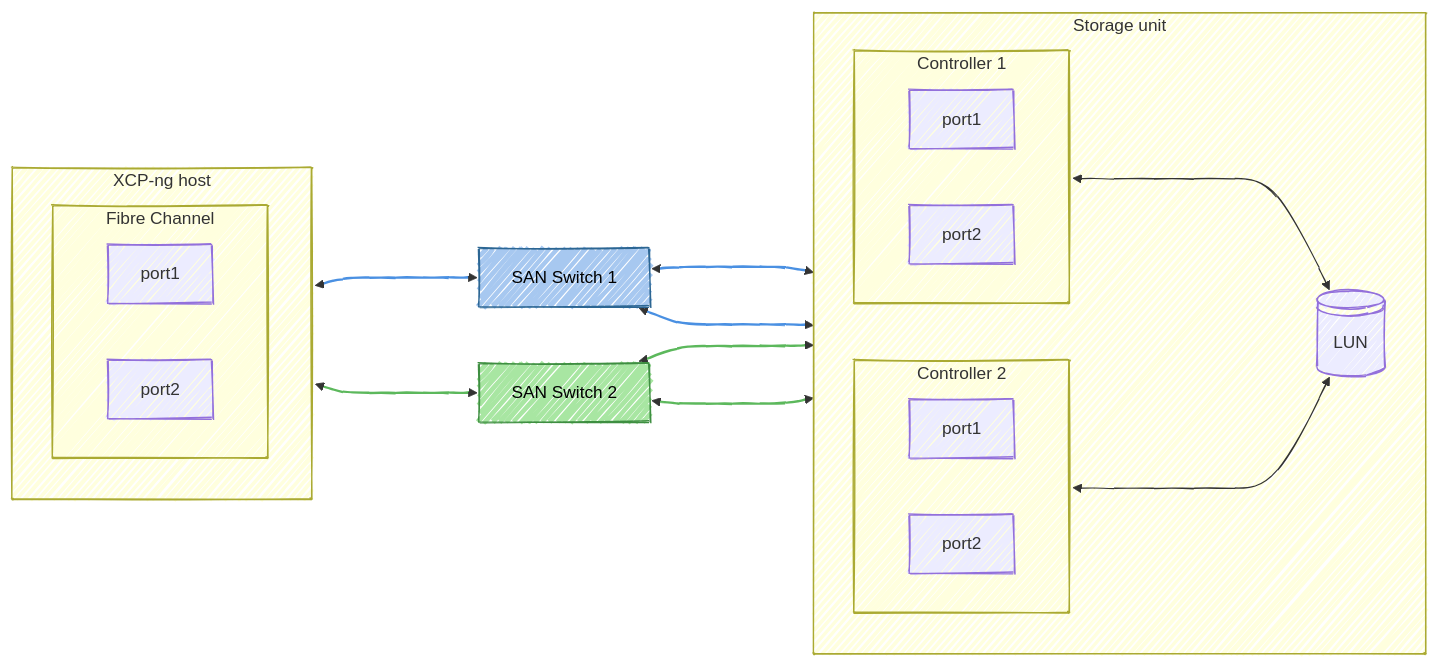
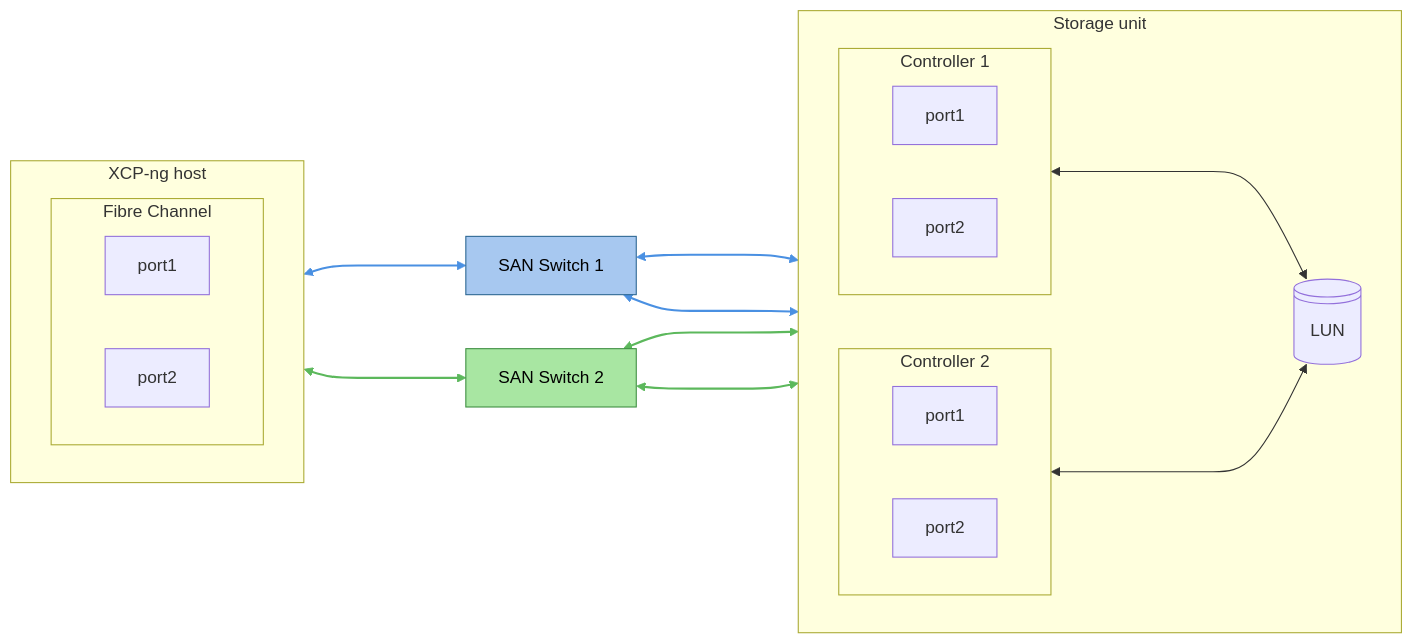
The second of 2 diagrams in docs/storage/multipathing.md (xcp-ng/xcp-ng-org), drawn with Mermaid before and after one commit. The commit also changed other lines of this file, not shown here.

Commit message:
Fix darkmode scheme for docs/storage/multipathing.md

````diff
--- a/docs/storage/multipathing.md
+++ b/docs/storage/multipathing.md
@@ -203,57 +203,57 @@
 ```mermaid
 ---
 config:
-  look: handDrawn
+  look: normal
   theme: default
 ---
 flowchart LR
   classDef blueNode fill:#A7C8F0,stroke:#2C6693,color:#000000;
   classDef greenNode fill:#A8E6A2,stroke:#3E8E41,color:#000000;
   classDef grayNode fill:#D6D6D6,stroke:#8C8C8C,color:#000000;
 
   subgraph server[XCP-ng host]
     direction LR
     subgraph Card1[Fibre Channel]
         direction RL
         card1port1[port1]
         card1port2[port2]
     end
   end
 
   subgraph storage[Storage unit]
   direction LR
     subgraph ctrl2[Controller 2]
         direction RL
         ctrl2-port1[port1]
         ctrl2-port2[port2]
     end
     subgraph ctrl1[Controller 1]
         direction RL
         ctrl1-port1[port1]
         ctrl1-port2[port2]
     end
     lun1@{ shape: lin-cyl, label: "LUN" }
 
   end
 
   vlan421[SAN Switch 1]:::blueNode
   vlan422[SAN Switch 2]:::greenNode
 
   card1port1<---->vlan421
   vlan421<---->ctrl1-port1
   vlan421<---->ctrl2-port1
 
   card1port2<---->vlan422
   vlan422<---->ctrl1-port2
   vlan422<---->ctrl2-port2
 
   ctrl1 <----> lun1
   ctrl2 <----> lun1
 
 linkStyle 0 stroke:#4A90E2,stroke-width:2px;
 linkStyle 1 stroke:#4A90E2,stroke-width:2px;
 linkStyle 2 stroke:#4A90E2,stroke-width:2px;
 linkStyle 3 stroke:#5CB85C,stroke-width:2px;
 linkStyle 4 stroke:#5CB85C,stroke-width:2px;
 linkStyle 5 stroke:#5CB85C,stroke-width:2px;
 ```
````
